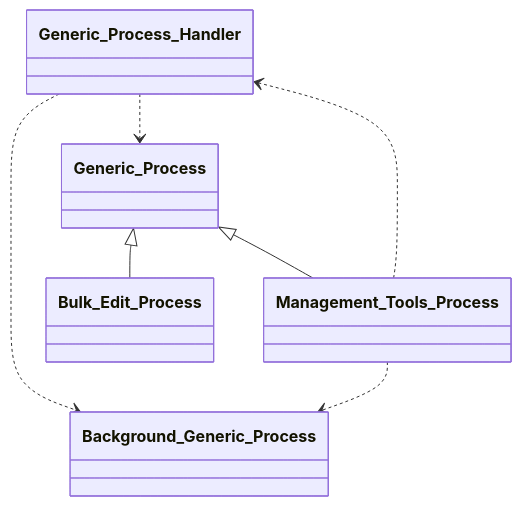
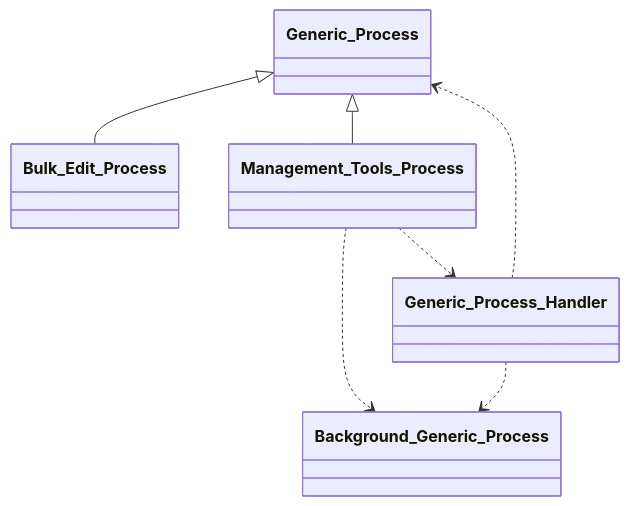
Before and after one commit to tainacan/tainacan: the seventh of 14 diagrams in docs/phpdoc/Home.md, drawn with Mermaid. The commit also changed other lines of this file and 96 other files, not shown here.

````diff
--- a/docs/phpdoc/Home.md
+++ b/docs/phpdoc/Home.md
@@ -530,15 +531,15 @@
 ```mermaid
 classDiagram
     direction TB
+    class Background_Generic_Process { }
+    class Generic_Process { }
+    class Management_Tools_Process { }
     class Bulk_Edit_Process { }
     class Generic_Process_Handler { }
-    class Management_Tools_Process { }
-    class Generic_Process { }
-    class Background_Generic_Process { }
     Generic_Process <|-- Bulk_Edit_Process
     Generic_Process <|-- Management_Tools_Process
     Generic_Process_Handler ..> Background_Generic_Process
     Generic_Process_Handler ..> Generic_Process
     Management_Tools_Process ..> Background_Generic_Process
     Management_Tools_Process ..> Generic_Process_Handler
 ```
````
